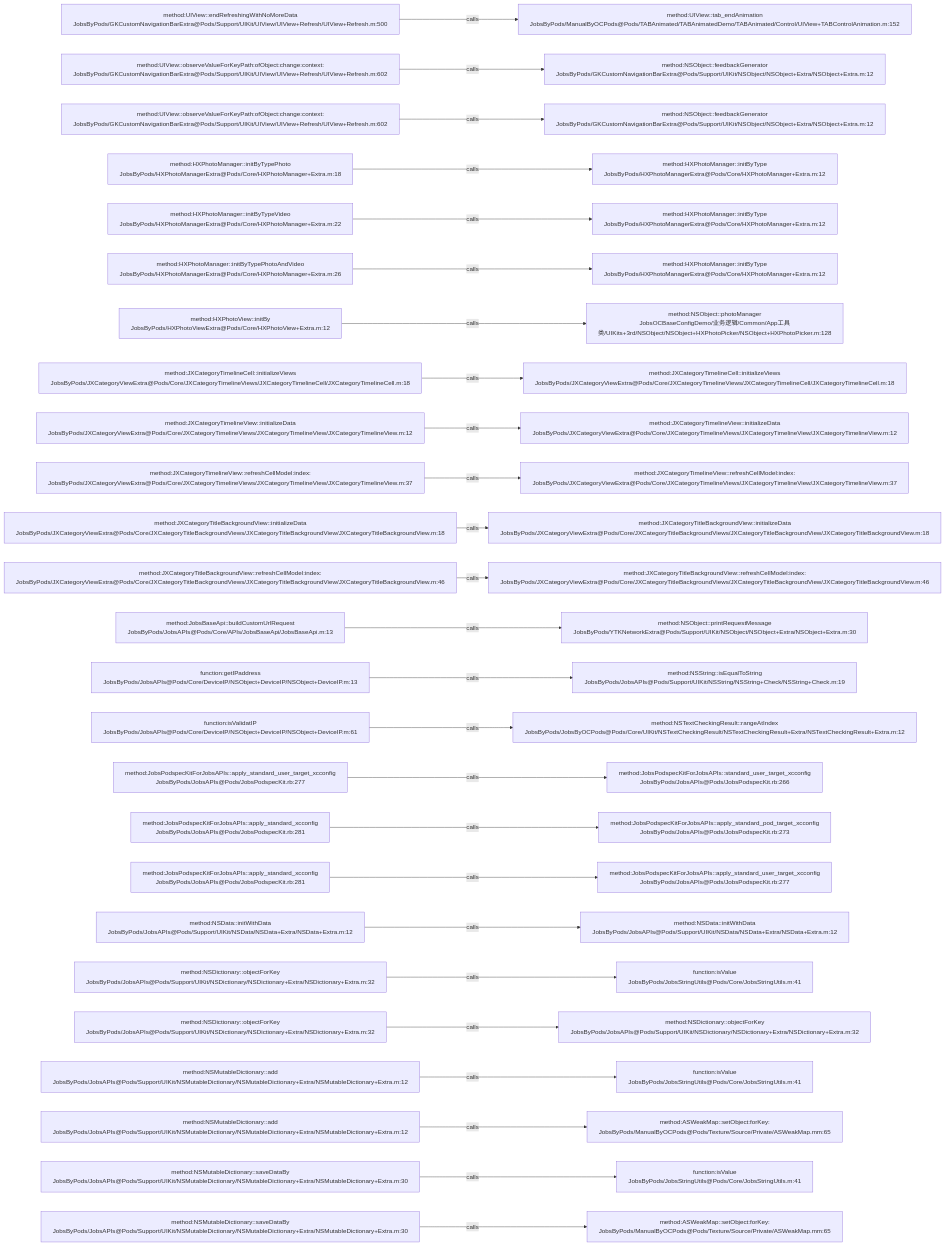
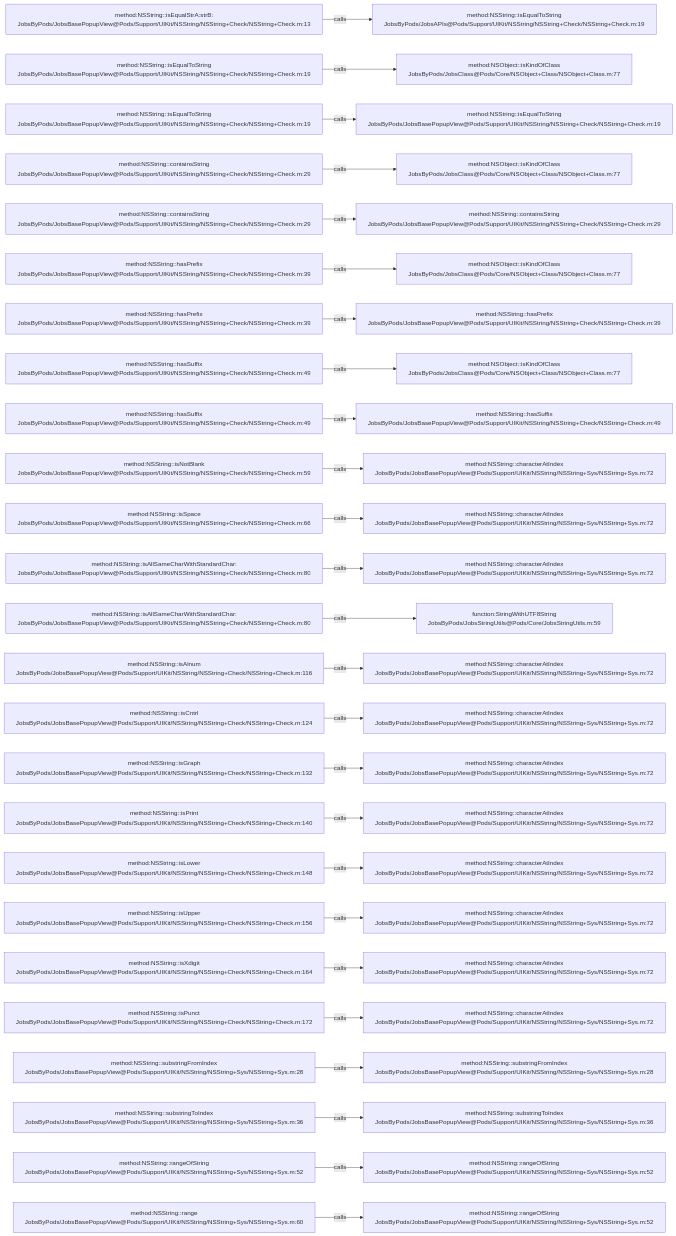
Before and after one commit to JobsKits/JobsOCBaseConfigDemo: the diagram in .codegraph/codegraph.md/graphs/calls-011.md, drawn with Mermaid. The commit also changed 573 other files, not shown here.

````diff
--- a/.codegraph/codegraph.md/graphs/calls-011.md
+++ b/.codegraph/codegraph.md/graphs/calls-011.md
@@ -13,78 +13,78 @@
 ```mermaid
 flowchart LR
-  S1["method:UIView::endRefreshingWithNoMoreData<br/>JobsByPods/GKCustomNavigationBarExtra@Pods/Support/UIKit/UIView/UIView+Refresh/UIView+Refresh.m:500"]
-  T1["method:UIView::tab_endAnimation<br/>JobsByPods/ManualByOCPods@Pods/TABAnimated/TABAnimatedDemo/TABAnimated/Control/UIView+TABControlAnimation.m:152"]
+  S1["method:NSString::isEqualStrA:strB:<br/>JobsByPods/JobsBasePopupView@Pods/Support/UIKit/NSString/NSString+Check/NSString+Check.m:13"]
+  T1["method:NSString::isEqualToString<br/>JobsByPods/JobsAPIs@Pods/Support/UIKit/NSString/NSString+Check/NSString+Check.m:19"]
   S1 -->|calls| T1
-  S2["method:UIView::observeValueForKeyPath:ofObject:change:context:<br/>JobsByPods/GKCustomNavigationBarExtra@Pods/Support/UIKit/UIView/UIView+Refresh/UIView+Refresh.m:602"]
-  T2["method:NSObject::feedbackGenerator<br/>JobsByPods/GKCustomNavigationBarExtra@Pods/Support/UIKit/NSObject/NSObject+Extra/NSObject+Extra.m:12"]
+  S2["method:NSString::isEqualToString<br/>JobsByPods/JobsBasePopupView@Pods/Support/UIKit/NSString/NSString+Check/NSString+Check.m:19"]
+  T2["method:NSObject::isKindOfClass<br/>JobsByPods/JobsClass@Pods/Core/NSObject+Class/NSObject+Class.m:77"]
   S2 -->|calls| T2
-  S3["method:UIView::observeValueForKeyPath:ofObject:change:context:<br/>JobsByPods/GKCustomNavigationBarExtra@Pods/Support/UIKit/UIView/UIView+Refresh/UIView+Refresh.m:602"]
-  T3["method:NSObject::feedbackGenerator<br/>JobsByPods/GKCustomNavigationBarExtra@Pods/Support/UIKit/NSObject/NSObject+Extra/NSObject+Extra.m:12"]
+  S3["method:NSString::isEqualToString<br/>JobsByPods/JobsBasePopupView@Pods/Support/UIKit/NSString/NSString+Check/NSString+Check.m:19"]
+  T3["method:NSString::isEqualToString<br/>JobsByPods/JobsBasePopupView@Pods/Support/UIKit/NSString/NSString+Check/NSString+Check.m:19"]
   S3 -->|calls| T3
-  S4["method:HXPhotoManager::initByTypePhoto<br/>JobsByPods/HXPhotoManagerExtra@Pods/Core/HXPhotoManager+Extra.m:18"]
-  T4["method:HXPhotoManager::initByType<br/>JobsByPods/HXPhotoManagerExtra@Pods/Core/HXPhotoManager+Extra.m:12"]
+  S4["method:NSString::containsString<br/>JobsByPods/JobsBasePopupView@Pods/Support/UIKit/NSString/NSString+Check/NSString+Check.m:29"]
+  T4["method:NSObject::isKindOfClass<br/>JobsByPods/JobsClass@Pods/Core/NSObject+Class/NSObject+Class.m:77"]
   S4 -->|calls| T4
-  S5["method:HXPhotoManager::initByTypeVideo<br/>JobsByPods/HXPhotoManagerExtra@Pods/Core/HXPhotoManager+Extra.m:22"]
-  T5["method:HXPhotoManager::initByType<br/>JobsByPods/HXPhotoManagerExtra@Pods/Core/HXPhotoManager+Extra.m:12"]
+  S5["method:NSString::containsString<br/>JobsByPods/JobsBasePopupView@Pods/Support/UIKit/NSString/NSString+Check/NSString+Check.m:29"]
+  T5["method:NSString::containsString<br/>JobsByPods/JobsBasePopupView@Pods/Support/UIKit/NSString/NSString+Check/NSString+Check.m:29"]
   S5 -->|calls| T5
-  S6["method:HXPhotoManager::initByTypePhotoAndVideo<br/>JobsByPods/HXPhotoManagerExtra@Pods/Core/HXPhotoManager+Extra.m:26"]
-  T6["method:HXPhotoManager::initByType<br/>JobsByPods/HXPhotoManagerExtra@Pods/Core/HXPhotoManager+Extra.m:12"]
+  S6["method:NSString::hasPrefix<br/>JobsByPods/JobsBasePopupView@Pods/Support/UIKit/NSString/NSString+Check/NSString+Check.m:39"]
+  T6["method:NSObject::isKindOfClass<br/>JobsByPods/JobsClass@Pods/Core/NSObject+Class/NSObject+Class.m:77"]
   S6 -->|calls| T6
-  S7["method:HXPhotoView::initBy<br/>JobsByPods/HXPhotoViewExtra@Pods/Core/HXPhotoView+Extra.m:12"]
-  T7["method:NSObject::photoManager<br/>JobsOCBaseConfigDemo/业务逻辑/Common/App工具类/UIKits+3rd/NSObject/NSObject+HXPhotoPicker/NSObject+HXPhotoPicker.m:128"]
+  S7["method:NSString::hasPrefix<br/>JobsByPods/JobsBasePopupView@Pods/Support/UIKit/NSString/NSString+Check/NSString+Check.m:39"]
+  T7["method:NSString::hasPrefix<br/>JobsByPods/JobsBasePopupView@Pods/Support/UIKit/NSString/NSString+Check/NSString+Check.m:39"]
   S7 -->|calls| T7
-  S8["method:JXCategoryTimelineCell::initializeViews<br/>JobsByPods/JXCategoryViewExtra@Pods/Core/JXCategoryTimelineViews/JXCategoryTimelineCell/JXCategoryTimelineCell.m:18"]
-  T8["method:JXCategoryTimelineCell::initializeViews<br/>JobsByPods/JXCategoryViewExtra@Pods/Core/JXCategoryTimelineViews/JXCategoryTimelineCell/JXCategoryTimelineCell.m:18"]
+  S8["method:NSString::hasSuffix<br/>JobsByPods/JobsBasePopupView@Pods/Support/UIKit/NSString/NSString+Check/NSString+Check.m:49"]
+  T8["method:NSObject::isKindOfClass<br/>JobsByPods/JobsClass@Pods/Core/NSObject+Class/NSObject+Class.m:77"]
   S8 -->|calls| T8
-  S9["method:JXCategoryTimelineView::initializeData<br/>JobsByPods/JXCategoryViewExtra@Pods/Core/JXCategoryTimelineViews/JXCategoryTimelineView/JXCategoryTimelineView.m:12"]
-  T9["method:JXCategoryTimelineView::initializeData<br/>JobsByPods/JXCategoryViewExtra@Pods/Core/JXCategoryTimelineViews/JXCategoryTimelineView/JXCategoryTimelineView.m:12"]
+  S9["method:NSString::hasSuffix<br/>JobsByPods/JobsBasePopupView@Pods/Support/UIKit/NSString/NSString+Check/NSString+Check.m:49"]
+  T9["method:NSString::hasSuffix<br/>JobsByPods/JobsBasePopupView@Pods/Support/UIKit/NSString/NSString+Check/NSString+Check.m:49"]
   S9 -->|calls| T9
-  S10["method:JXCategoryTimelineView::refreshCellModel:index:<br/>JobsByPods/JXCategoryViewExtra@Pods/Core/JXCategoryTimelineViews/JXCategoryTimelineView/JXCategoryTimelineView.m:37"]
-  T10["method:JXCategoryTimelineView::refreshCellModel:index:<br/>JobsByPods/JXCategoryViewExtra@Pods/Core/JXCategoryTimelineViews/JXCategoryTimelineView/JXCategoryTimelineView.m:37"]
+  S10["method:NSString::isNotBlank<br/>JobsByPods/JobsBasePopupView@Pods/Support/UIKit/NSString/NSString+Check/NSString+Check.m:59"]
+  T10["method:NSString::characterAtIndex<br/>JobsByPods/JobsBasePopupView@Pods/Support/UIKit/NSString/NSString+Sys/NSString+Sys.m:72"]
   S10 -->|calls| T10
-  S11["method:JXCategoryTitleBackgroundView::initializeData<br/>JobsByPods/JXCategoryViewExtra@Pods/Core/JXCategoryTitleBackgroundViews/JXCategoryTitleBackgroundView/JXCategoryTitleBackgroundView.m:18"]
-  T11["method:JXCategoryTitleBackgroundView::initializeData<br/>JobsByPods/JXCategoryViewExtra@Pods/Core/JXCategoryTitleBackgroundViews/JXCategoryTitleBackgroundView/JXCategoryTitleBackgroundView.m:18"]
+  S11["method:NSString::isSpace<br/>JobsByPods/JobsBasePopupView@Pods/Support/UIKit/NSString/NSString+Check/NSString+Check.m:66"]
+  T11["method:NSString::characterAtIndex<br/>JobsByPods/JobsBasePopupView@Pods/Support/UIKit/NSString/NSString+Sys/NSString+Sys.m:72"]
   S11 -->|calls| T11
-  S12["method:JXCategoryTitleBackgroundView::refreshCellModel:index:<br/>JobsByPods/JXCategoryViewExtra@Pods/Core/JXCategoryTitleBackgroundViews/JXCategoryTitleBackgroundView/JXCategoryTitleBackgroundView.m:46"]
-  T12["method:JXCategoryTitleBackgroundView::refreshCellModel:index:<br/>JobsByPods/JXCategoryViewExtra@Pods/Core/JXCategoryTitleBackgroundViews/JXCategoryTitleBackgroundView/JXCategoryTitleBackgroundView.m:46"]
+  S12["method:NSString::isAllSameCharWithStandardChar:<br/>JobsByPods/JobsBasePopupView@Pods/Support/UIKit/NSString/NSString+Check/NSString+Check.m:80"]
+  T12["method:NSString::characterAtIndex<br/>JobsByPods/JobsBasePopupView@Pods/Support/UIKit/NSString/NSString+Sys/NSString+Sys.m:72"]
   S12 -->|calls| T12
-  S13["method:JobsBaseApi::buildCustomUrlRequest<br/>JobsByPods/JobsAPIs@Pods/Core/APIs/JobsBaseApi/JobsBaseApi.m:13"]
-  T13["method:NSObject::printRequestMessage<br/>JobsByPods/YTKNetworkExtra@Pods/Support/UIKit/NSObject/NSObject+Extra/NSObject+Extra.m:30"]
+  S13["method:NSString::isAllSameCharWithStandardChar:<br/>JobsByPods/JobsBasePopupView@Pods/Support/UIKit/NSString/NSString+Check/NSString+Check.m:80"]
+  T13["function:StringWithUTF8String<br/>JobsByPods/JobsStringUtils@Pods/Core/JobsStringUtils.m:59"]
   S13 -->|calls| T13
-  S14["function:getIPaddress<br/>JobsByPods/JobsAPIs@Pods/Core/DeviceIP/NSObject+DeviceIP/NSObject+DeviceIP.m:13"]
-  T14["method:NSString::isEqualToString<br/>JobsByPods/JobsAPIs@Pods/Support/UIKit/NSString/NSString+Check/NSString+Check.m:19"]
+  S14["method:NSString::isAlnum<br/>JobsByPods/JobsBasePopupView@Pods/Support/UIKit/NSString/NSString+Check/NSString+Check.m:116"]
+  T14["method:NSString::characterAtIndex<br/>JobsByPods/JobsBasePopupView@Pods/Support/UIKit/NSString/NSString+Sys/NSString+Sys.m:72"]
   S14 -->|calls| T14
-  S15["function:isValidatIP<br/>JobsByPods/JobsAPIs@Pods/Core/DeviceIP/NSObject+DeviceIP/NSObject+DeviceIP.m:61"]
-  T15["method:NSTextCheckingResult::rangeAtIndex<br/>JobsByPods/JobsByOCPods@Pods/Core/UIKit/NSTextCheckingResult/NSTextCheckingResult+Extra/NSTextCheckingResult+Extra.m:12"]
+  S15["method:NSString::isCntrl<br/>JobsByPods/JobsBasePopupView@Pods/Support/UIKit/NSString/NSString+Check/NSString+Check.m:124"]
+  T15["method:NSString::characterAtIndex<br/>JobsByPods/JobsBasePopupView@Pods/Support/UIKit/NSString/NSString+Sys/NSString+Sys.m:72"]
   S15 -->|calls| T15
-  S16["method:JobsPodspecKitForJobsAPIs::apply_standard_user_target_xcconfig<br/>JobsByPods/JobsAPIs@Pods/JobsPodspecKit.rb:277"]
-  T16["method:JobsPodspecKitForJobsAPIs::standard_user_target_xcconfig<br/>JobsByPods/JobsAPIs@Pods/JobsPodspecKit.rb:266"]
+  S16["method:NSString::isGraph<br/>JobsByPods/JobsBasePopupView@Pods/Support/UIKit/NSString/NSString+Check/NSString+Check.m:132"]
+  T16["method:NSString::characterAtIndex<br/>JobsByPods/JobsBasePopupView@Pods/Support/UIKit/NSString/NSString+Sys/NSString+Sys.m:72"]
   S16 -->|calls| T16
-  S17["method:JobsPodspecKitForJobsAPIs::apply_standard_xcconfig<br/>JobsByPods/JobsAPIs@Pods/JobsPodspecKit.rb:281"]
-  T17["method:JobsPodspecKitForJobsAPIs::apply_standard_pod_target_xcconfig<br/>JobsByPods/JobsAPIs@Pods/JobsPodspecKit.rb:273"]
+  S17["method:NSString::isPrint<br/>JobsByPods/JobsBasePopupView@Pods/Support/UIKit/NSString/NSString+Check/NSString+Check.m:140"]
+  T17["method:NSString::characterAtIndex<br/>JobsByPods/JobsBasePopupView@Pods/Support/UIKit/NSString/NSString+Sys/NSString+Sys.m:72"]
   S17 -->|calls| T17
-  S18["method:JobsPodspecKitForJobsAPIs::apply_standard_xcconfig<br/>JobsByPods/JobsAPIs@Pods/JobsPodspecKit.rb:281"]
-  T18["method:JobsPodspecKitForJobsAPIs::apply_standard_user_target_xcconfig<br/>JobsByPods/JobsAPIs@Pods/JobsPodspecKit.rb:277"]
+  S18["method:NSString::isLower<br/>JobsByPods/JobsBasePopupView@Pods/Support/UIKit/NSString/NSString+Check/NSString+Check.m:148"]
+  T18["method:NSString::characterAtIndex<br/>JobsByPods/JobsBasePopupView@Pods/Support/UIKit/NSString/NSString+Sys/NSString+Sys.m:72"]
   S18 -->|calls| T18
-  S19["method:NSData::initWithData<br/>JobsByPods/JobsAPIs@Pods/Support/UIKit/NSData/NSData+Extra/NSData+Extra.m:12"]
-  T19["method:NSData::initWithData<br/>JobsByPods/JobsAPIs@Pods/Support/UIKit/NSData/NSData+Extra/NSData+Extra.m:12"]
+  S19["method:NSString::isUpper<br/>JobsByPods/JobsBasePopupView@Pods/Support/UIKit/NSString/NSString+Check/NSString+Check.m:156"]
+  T19["method:NSString::characterAtIndex<br/>JobsByPods/JobsBasePopupView@Pods/Support/UIKit/NSString/NSString+Sys/NSString+Sys.m:72"]
   S19 -->|calls| T19
-  S20["method:NSDictionary::objectForKey<br/>JobsByPods/JobsAPIs@Pods/Support/UIKit/NSDictionary/NSDictionary+Extra/NSDictionary+Extra.m:32"]
-  T20["function:isValue<br/>JobsByPods/JobsStringUtils@Pods/Core/JobsStringUtils.m:41"]
+  S20["method:NSString::isXdigit<br/>JobsByPods/JobsBasePopupView@Pods/Support/UIKit/NSString/NSString+Check/NSString+Check.m:164"]
+  T20["method:NSString::characterAtIndex<br/>JobsByPods/JobsBasePopupView@Pods/Support/UIKit/NSString/NSString+Sys/NSString+Sys.m:72"]
   S20 -->|calls| T20
-  S21["method:NSDictionary::objectForKey<br/>JobsByPods/JobsAPIs@Pods/Support/UIKit/NSDictionary/NSDictionary+Extra/NSDictionary+Extra.m:32"]
-  T21["method:NSDictionary::objectForKey<br/>JobsByPods/JobsAPIs@Pods/Support/UIKit/NSDictionary/NSDictionary+Extra/NSDictionary+Extra.m:32"]
+  S21["method:NSString::isPunct<br/>JobsByPods/JobsBasePopupView@Pods/Support/UIKit/NSString/NSString+Check/NSString+Check.m:172"]
+  T21["method:NSString::characterAtIndex<br/>JobsByPods/JobsBasePopupView@Pods/Support/UIKit/NSString/NSString+Sys/NSString+Sys.m:72"]
   S21 -->|calls| T21
-  S22["method:NSMutableDictionary::add<br/>JobsByPods/JobsAPIs@Pods/Support/UIKit/NSMutableDictionary/NSMutableDictionary+Extra/NSMutableDictionary+Extra.m:12"]
-  T22["function:isValue<br/>JobsByPods/JobsStringUtils@Pods/Core/JobsStringUtils.m:41"]
+  S22["method:NSString::substringFromIndex<br/>JobsByPods/JobsBasePopupView@Pods/Support/UIKit/NSString/NSString+Sys/NSString+Sys.m:28"]
+  T22["method:NSString::substringFromIndex<br/>JobsByPods/JobsBasePopupView@Pods/Support/UIKit/NSString/NSString+Sys/NSString+Sys.m:28"]
   S22 -->|calls| T22
-  S23["method:NSMutableDictionary::add<br/>JobsByPods/JobsAPIs@Pods/Support/UIKit/NSMutableDictionary/NSMutableDictionary+Extra/NSMutableDictionary+Extra.m:12"]
-  T23["method:ASWeakMap::setObject:forKey:<br/>JobsByPods/ManualByOCPods@Pods/Texture/Source/Private/ASWeakMap.mm:65"]
+  S23["method:NSString::substringToIndex<br/>JobsByPods/JobsBasePopupView@Pods/Support/UIKit/NSString/NSString+Sys/NSString+Sys.m:36"]
+  T23["method:NSString::substringToIndex<br/>JobsByPods/JobsBasePopupView@Pods/Support/UIKit/NSString/NSString+Sys/NSString+Sys.m:36"]
   S23 -->|calls| T23
-  S24["method:NSMutableDictionary::saveDataBy<br/>JobsByPods/JobsAPIs@Pods/Support/UIKit/NSMutableDictionary/NSMutableDictionary+Extra/NSMutableDictionary+Extra.m:30"]
-  T24["function:isValue<br/>JobsByPods/JobsStringUtils@Pods/Core/JobsStringUtils.m:41"]
+  S24["method:NSString::rangeOfString<br/>JobsByPods/JobsBasePopupView@Pods/Support/UIKit/NSString/NSString+Sys/NSString+Sys.m:52"]
+  T24["method:NSString::rangeOfString<br/>JobsByPods/JobsBasePopupView@Pods/Support/UIKit/NSString/NSString+Sys/NSString+Sys.m:52"]
   S24 -->|calls| T24
-  S25["method:NSMutableDictionary::saveDataBy<br/>JobsByPods/JobsAPIs@Pods/Support/UIKit/NSMutableDictionary/NSMutableDictionary+Extra/NSMutableDictionary+Extra.m:30"]
-  T25["method:ASWeakMap::setObject:forKey:<br/>JobsByPods/ManualByOCPods@Pods/Texture/Source/Private/ASWeakMap.mm:65"]
+  S25["method:NSString::range<br/>JobsByPods/JobsBasePopupView@Pods/Support/UIKit/NSString/NSString+Sys/NSString+Sys.m:60"]
+  T25["method:NSString::rangeOfString<br/>JobsByPods/JobsBasePopupView@Pods/Support/UIKit/NSString/NSString+Sys/NSString+Sys.m:52"]
   S25 -->|calls| T25
 ```
````
